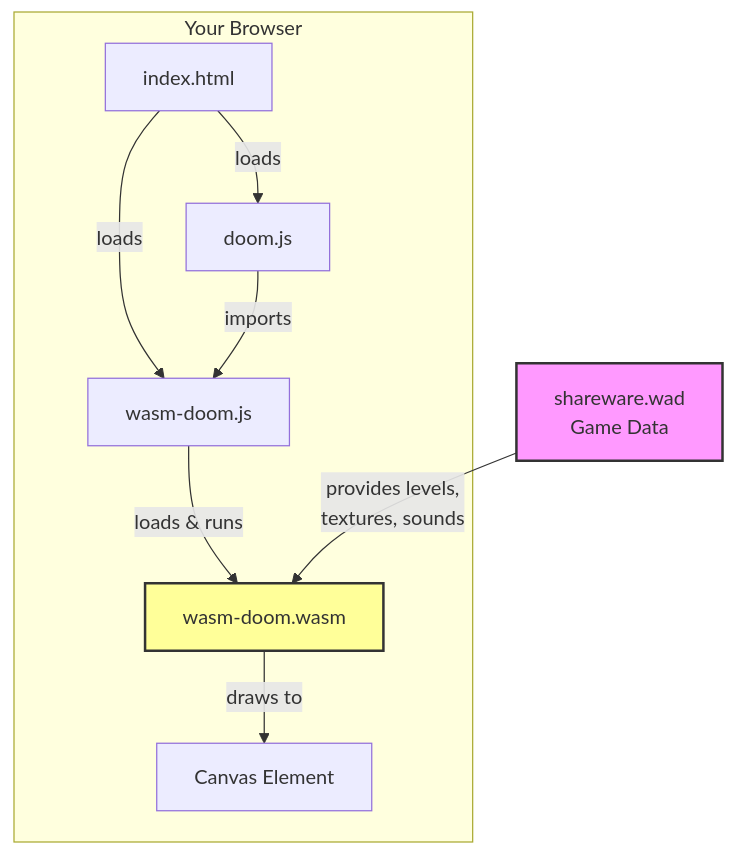
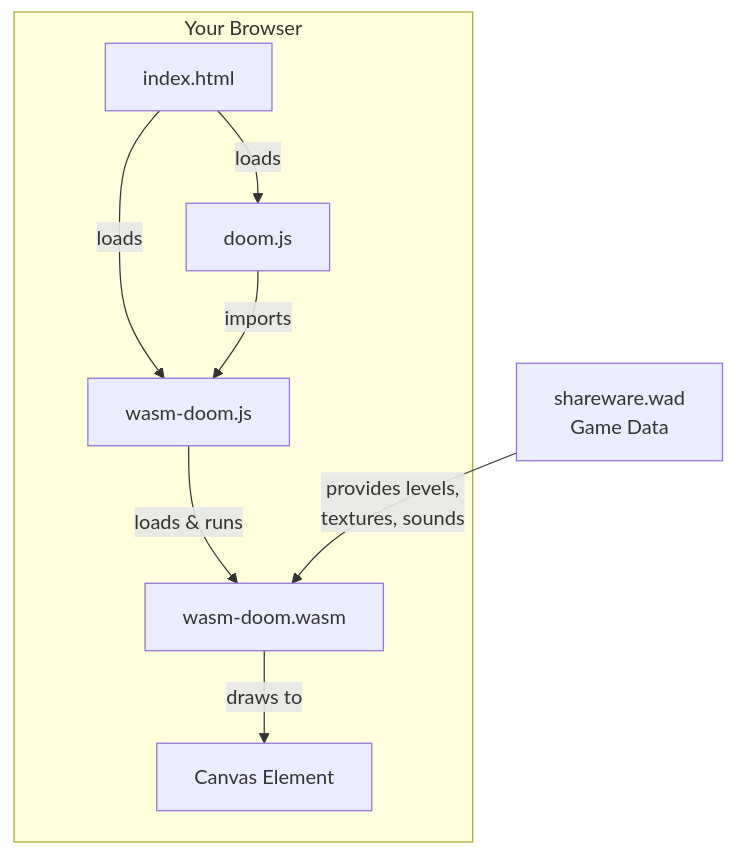
The fifth of 11 diagrams in opus-docs/doom-wasm-explained.md (GithubAnant/doomtcha), drawn with Mermaid before and after one commit. The commit also changed other lines of this file, not shown here.

Commit message:
refactor: remove explicit styling from Mermaid diagrams in documentation

````diff
--- a/opus-docs/doom-wasm-explained.md
+++ b/opus-docs/doom-wasm-explained.md
@@ -111,22 +108,21 @@
 ```mermaid
 flowchart TB
     subgraph Browser["Your Browser"]
         HTML[index.html]
         JS[doom.js]
         GLUE[wasm-doom.js]
         WASM[wasm-doom.wasm]
         CANVAS[Canvas Element]
     end
 
     WAD[shareware.wad<br/>Game Data]
 
     HTML -->|loads| JS
     HTML -->|loads| GLUE
     JS -->|imports| GLUE
     GLUE -->|loads & runs| WASM
     WASM -->|draws to| CANVAS
     WAD -->|provides levels,<br/>textures, sounds| WASM
 
-    style WASM fill:#ff9,stroke:#333,stroke-width:2px
-    style WAD fill:#f9f,stroke:#333,stroke-width:2px
+
 ```
````
